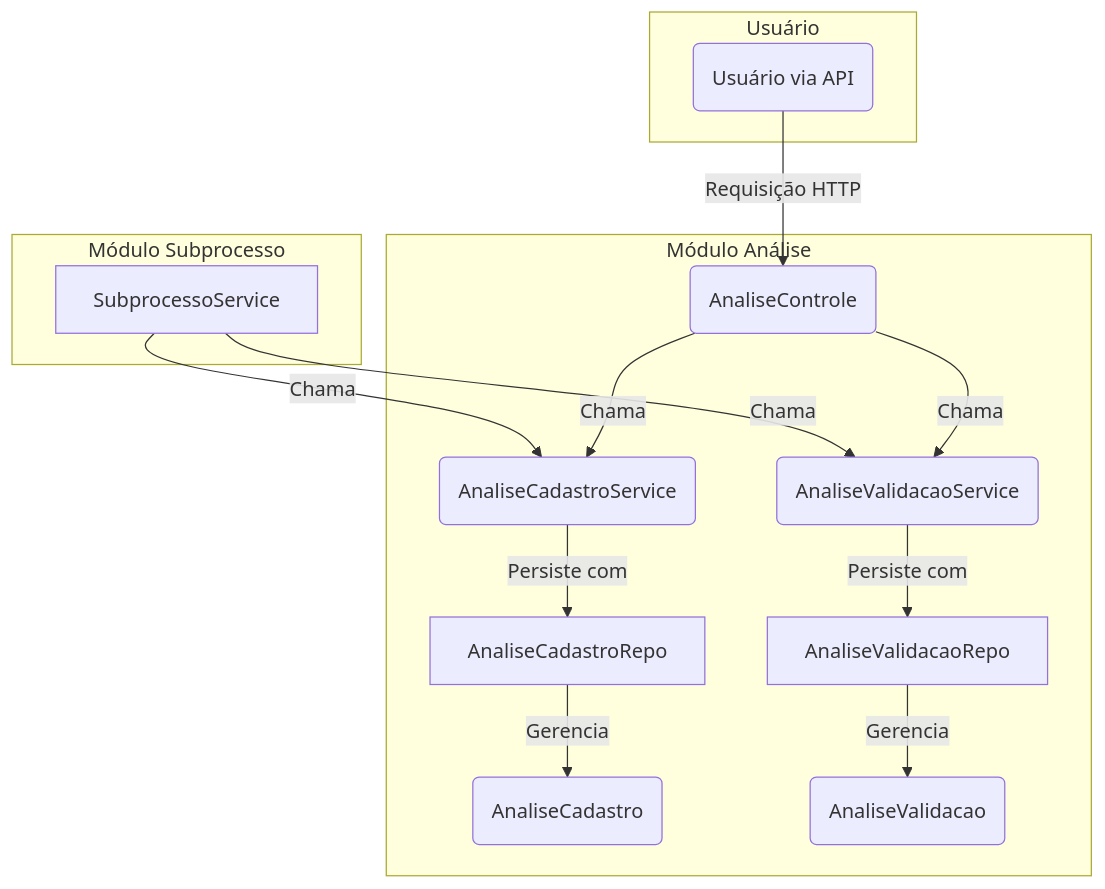
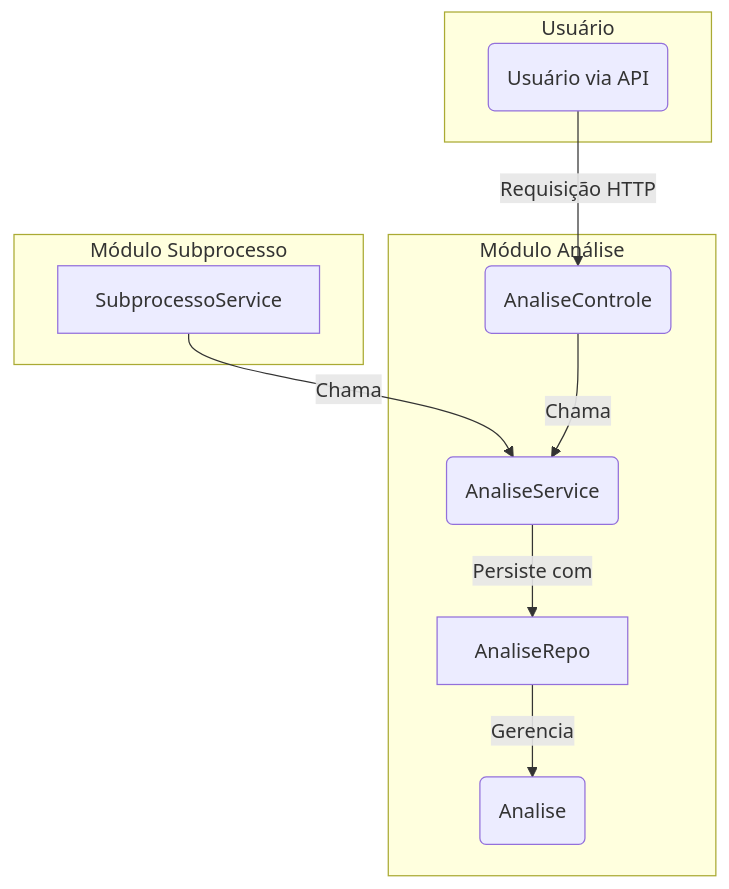
Before and after one commit to lgalvao/sgc: the diagram in backend/src/main/java/sgc/analise/README.md, drawn with Mermaid. The commit also changed other lines of this file and 108 other files, not shown here.

````diff
--- a/backend/src/main/java/sgc/analise/README.md
+++ b/backend/src/main/java/sgc/analise/README.md
@@ -36,32 +33,25 @@
 ```mermaid
 graph TD
     subgraph "Módulo Subprocesso"
         A[SubprocessoService]
     end
 
     subgraph "Módulo Análise"
         B(AnaliseControle)
-        C(AnaliseCadastroService)
-        D(AnaliseValidacaoService)
-        E[AnaliseCadastroRepo]
-        F[AnaliseValidacaoRepo]
-        G(AnaliseCadastro)
-        H(AnaliseValidacao)
+        C(AnaliseService)
+        E[AnaliseRepo]
+        G(Analise)
     end
 
     subgraph "Usuário"
         U(Usuário via API)
     end
 
     A -- Chama --> C
-    A -- Chama --> D
 
     U -- Requisição HTTP --> B
     B -- Chama --> C
-    B -- Chama --> D
 
     C -- Persiste com --> E
-    D -- Persiste com --> F
     E -- Gerencia --> G
-    F -- Gerencia --> H
 ```
````
